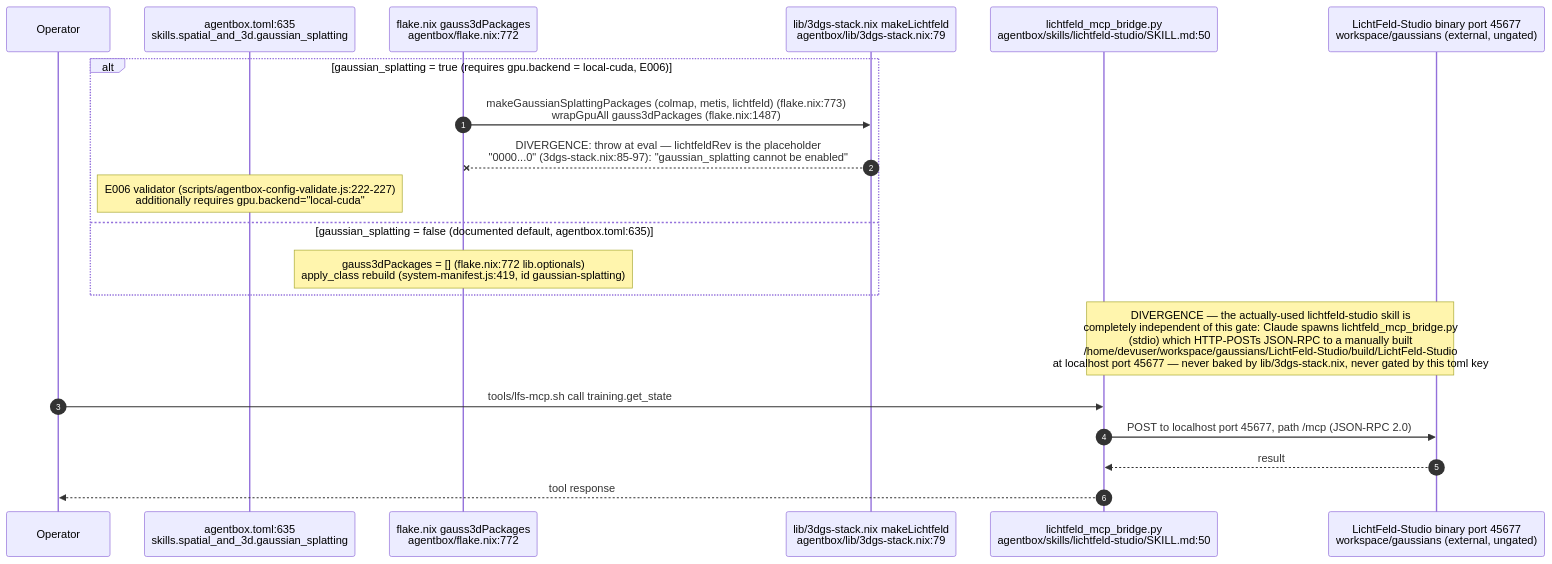
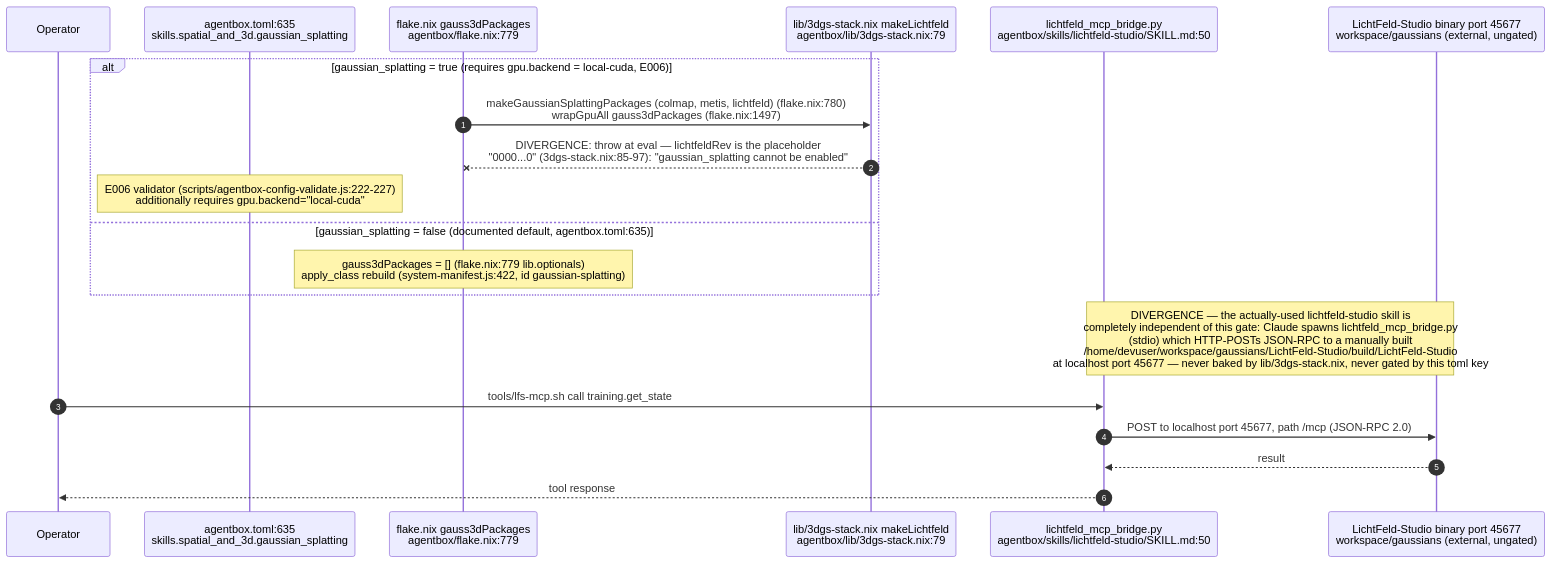
One commit to DreamLab-AI/VisionFlow changed the ninth of 14 diagrams in docs/diagrams/agentbox/27-media-gpu-capability-services.md. Above: the diagram before and after it, drawn with Mermaid. The commit also changed other lines of this file and 36 other files, not shown here.

First line of the commit message:
docs(diagrams): re-derive and re-stamp agentbox, dream-engine, visioncraft, visiontouch and vowl topics; drop LAN addresses

````diff
--- a/docs/diagrams/agentbox/27-media-gpu-capability-services.md
+++ b/docs/diagrams/agentbox/27-media-gpu-capability-services.md
@@ -302,23 +302,23 @@
 ```mermaid
 sequenceDiagram
     autonumber
     participant Op as Operator
     participant Toml as agentbox.toml:635<br/>skills.spatial_and_3d.gaussian_splatting
-    participant Flake as flake.nix gauss3dPackages<br/>agentbox/flake.nix:772
+    participant Flake as flake.nix gauss3dPackages<br/>agentbox/flake.nix:779
     participant Nix3dgs as lib/3dgs-stack.nix makeLichtfeld<br/>agentbox/lib/3dgs-stack.nix:79
     participant Bridge as lichtfeld_mcp_bridge.py<br/>agentbox/skills/lichtfeld-studio/SKILL.md:50
     participant LFS as LichtFeld-Studio binary port 45677<br/>workspace/gaussians (external, ungated)
 
     alt gaussian_splatting = true (requires gpu.backend = local-cuda, E006)
-        Flake->>Nix3dgs: makeGaussianSplattingPackages (colmap, metis, lichtfeld) (flake.nix:773)<br/>wrapGpuAll gauss3dPackages (flake.nix:1487)
+        Flake->>Nix3dgs: makeGaussianSplattingPackages (colmap, metis, lichtfeld) (flake.nix:780)<br/>wrapGpuAll gauss3dPackages (flake.nix:1497)
         Nix3dgs--xFlake: DIVERGENCE: throw at eval — lichtfeldRev is the placeholder<br/>"0000...0" (3dgs-stack.nix:85-97): "gaussian_splatting cannot be enabled"
         Note over Toml: E006 validator (scripts/agentbox-config-validate.js:222-227)<br/>additionally requires gpu.backend="local-cuda"
     else gaussian_splatting = false (documented default, agentbox.toml:635)
-        Note over Flake: gauss3dPackages = [] (flake.nix:772 lib.optionals)<br/>apply_class rebuild (system-manifest.js:419, id gaussian-splatting)
+        Note over Flake: gauss3dPackages = [] (flake.nix:779 lib.optionals)<br/>apply_class rebuild (system-manifest.js:422, id gaussian-splatting)
     end
     Note over Bridge,LFS: DIVERGENCE — the actually-used lichtfeld-studio skill is<br/>completely independent of this gate: Claude spawns lichtfeld_mcp_bridge.py<br/>(stdio) which HTTP-POSTs JSON-RPC to a manually built<br/>/home/devuser/workspace/gaussians/LichtFeld-Studio/build/LichtFeld-Studio<br/>at localhost port 45677 — never baked by lib/3dgs-stack.nix, never gated by this toml key
     Op->>Bridge: tools/lfs-mcp.sh call training.get_state
     Bridge->>LFS: POST to localhost port 45677, path /mcp (JSON-RPC 2.0)
     LFS-->>Bridge: result
     Bridge-->>Op: tool response
 ```
````
